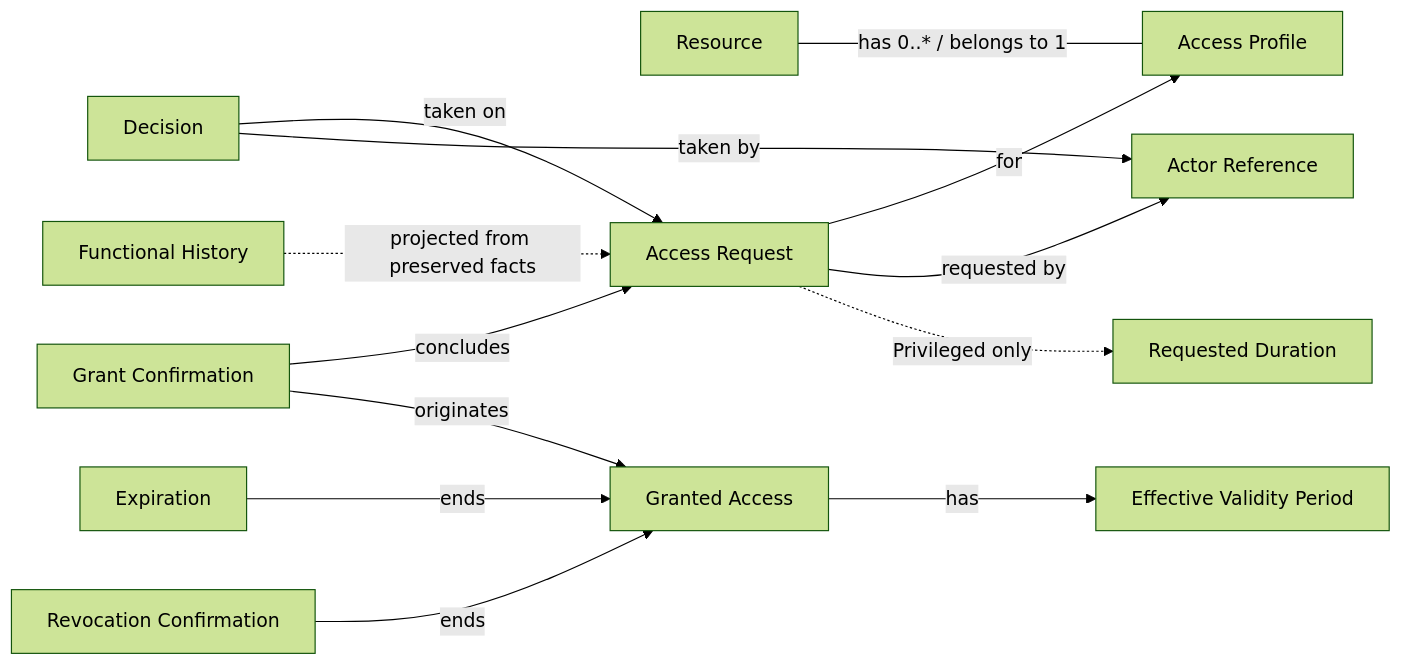
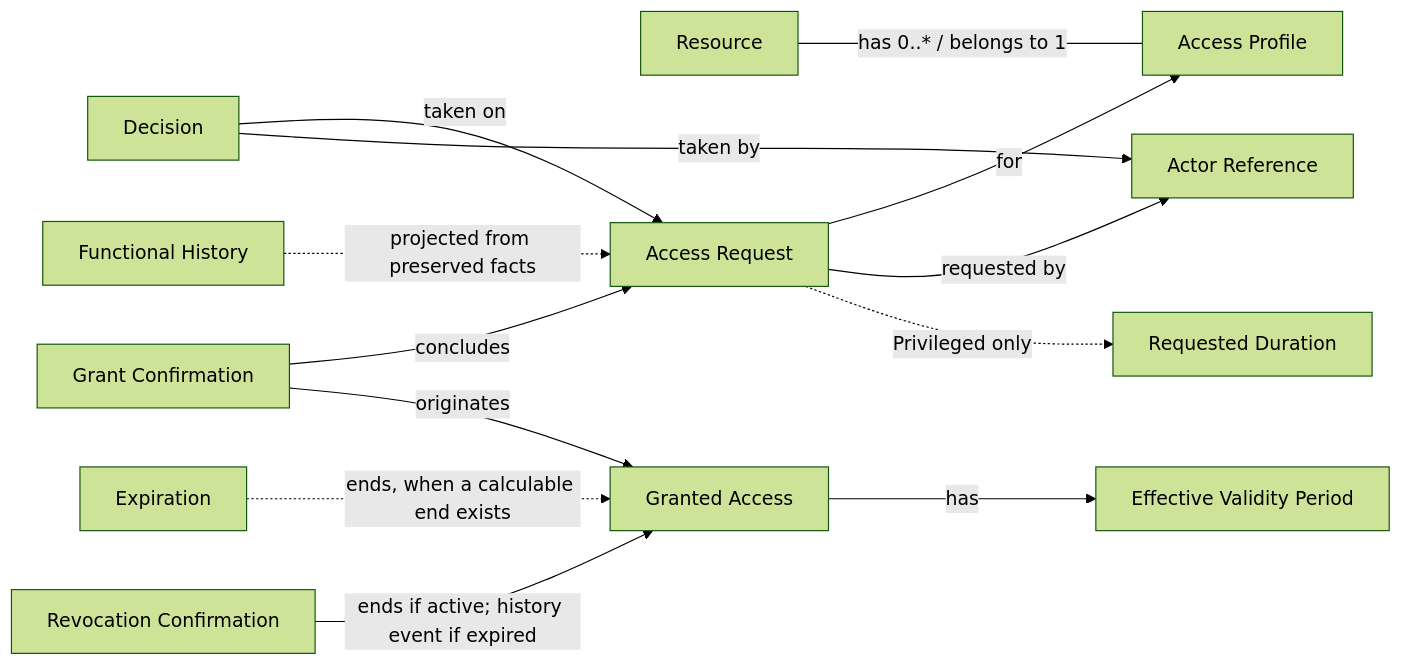
One commit to rodolforsj/stewardarc-access-governance changed the diagram in docs/architecture/domain-model.md. Above: the diagram before and after it, drawn with Mermaid (forest theme). The commit also changed other lines of this file and 5 other files, not shown here.

````diff
--- a/docs/architecture/domain-model.md
+++ b/docs/architecture/domain-model.md
@@ -35,28 +37,28 @@
 ```mermaid
 flowchart LR
     Resource["Resource"]
     Profile["Access Profile"]
     Actor["Actor Reference"]
     Request["Access Request"]
     Decision["Decision"]
     Duration["Requested Duration"]
     Grant["Grant Confirmation"]
     Access["Granted Access"]
     Validity["Effective Validity Period"]
     Revocation["Revocation Confirmation"]
     Expiration["Expiration"]
     History["Functional History"]
 
     Resource -- "has 0..* / belongs to 1" --- Profile
     Request -- "for" --> Profile
     Request -- "requested by" --> Actor
     Decision -- "taken on" --> Request
     Decision -- "taken by" --> Actor
     Request -. "Privileged only" .-> Duration
     Grant -- "concludes" --> Request
     Grant -- "originates" --> Access
     Access -- "has" --> Validity
-    Expiration -- "ends" --> Access
-    Revocation -- "ends" --> Access
+    Expiration -. "ends, when a calculable end exists" .-> Access
+    Revocation -- "ends if active; history event if expired" --> Access
     History -. "projected from preserved facts" .-> Request
 ```
````
